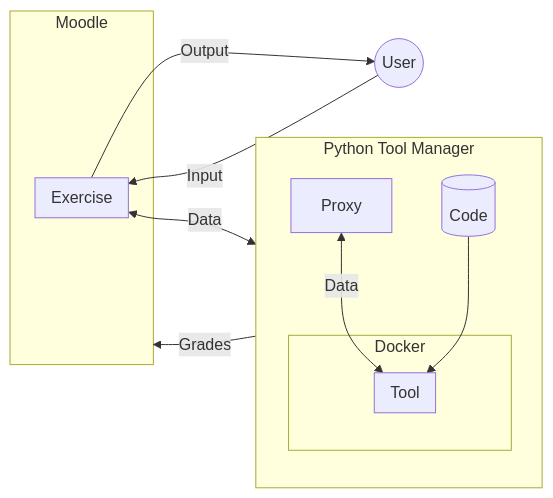
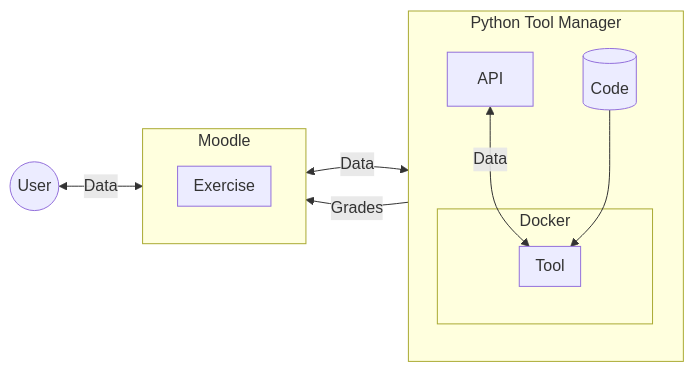
The diagram in docs/graphs/overview.mmd (ofabel/pytm-bootstrap), drawn with Mermaid before and after one commit. The commit also changed 3 other files, not shown here.

```diff
--- a/docs/graphs/overview.mmd
+++ b/docs/graphs/overview.mmd
@@ -1,21 +1,21 @@
 flowchart LR
     user(("User"))
     subgraph pytm ["Python Tool Manager"]
         direction TB
         database[("Code")]
-        proxy[Proxy]
+        api[API]
         subgraph docker ["Docker"]
             subgraph tool ["Tool"]
             end
         end
     end
     subgraph lms ["Moodle"]
+        direction TB
         subgraph exercise ["Exercise"]
         end
     end
-    user -- "Input" --> exercise
-    exercise -- "Output" --> user
-    exercise <-- "Data" --> proxy
-    proxy <-- "Data" --> tool
+    user <-- "Data" --> exercise
+    exercise <-- "Data" --> api
+    api <-- "Data" --> tool
     database --> tool
-    proxy -- "Grades" --> lms
+    api -- "Grades" --> lms
```
